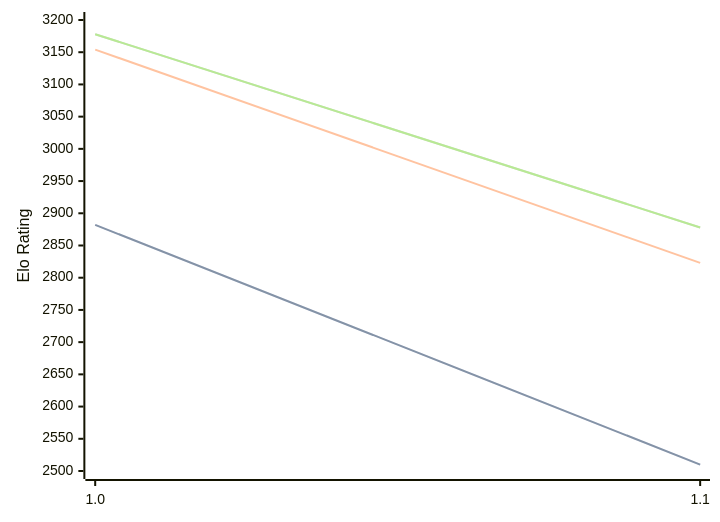
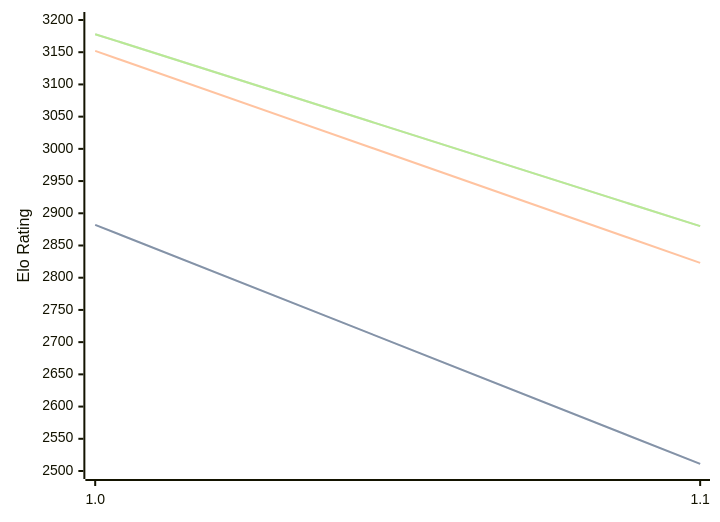
Before and after one commit to computer-chess-index/cci: the diagram in engines/Publius.md, drawn with Mermaid. The commit also changed other lines of this file, not shown here.

Commit message:
Update CCI Ratings (ELO VLTC) - 2026-03-05

````diff
--- a/engines/Publius.md
+++ b/engines/Publius.md
@@ -30,11 +30,11 @@
 ```mermaid
 %%{init: {"theme":"base","themeVariables":{"seriesColors:['#a3a3a3','#222221','#faa371']}}}%%
 xychart-beta
   x-axis ["1.0", "1.1"]
   y-axis "Elo Rating" 2500 --> 3200
-  line "STC (8.0+0.08s)" [2882, 2510]
-  line "STC (8.0+0.08s)" [2882, 2510]
-  line "LTC (60.0+0.60s)" [3154, 2823]
-  line "VLTC (2m24s+1.12s)" [3178, 2878]
-  line "VLTC (2m24s+1.12s)" [3178, 2878]
+  line "STC (8.0+0.08s)" [2882, 2511]
+  line "STC (8.0+0.08s)" [2882, 2511]
+  line "LTC (60.0+0.60s)" [3152, 2823]
+  line "VLTC (2m24s+1.12s)" [3178, 2880]
+  line "VLTC (2m24s+1.12s)" [3178, 2880]
 ```
````
